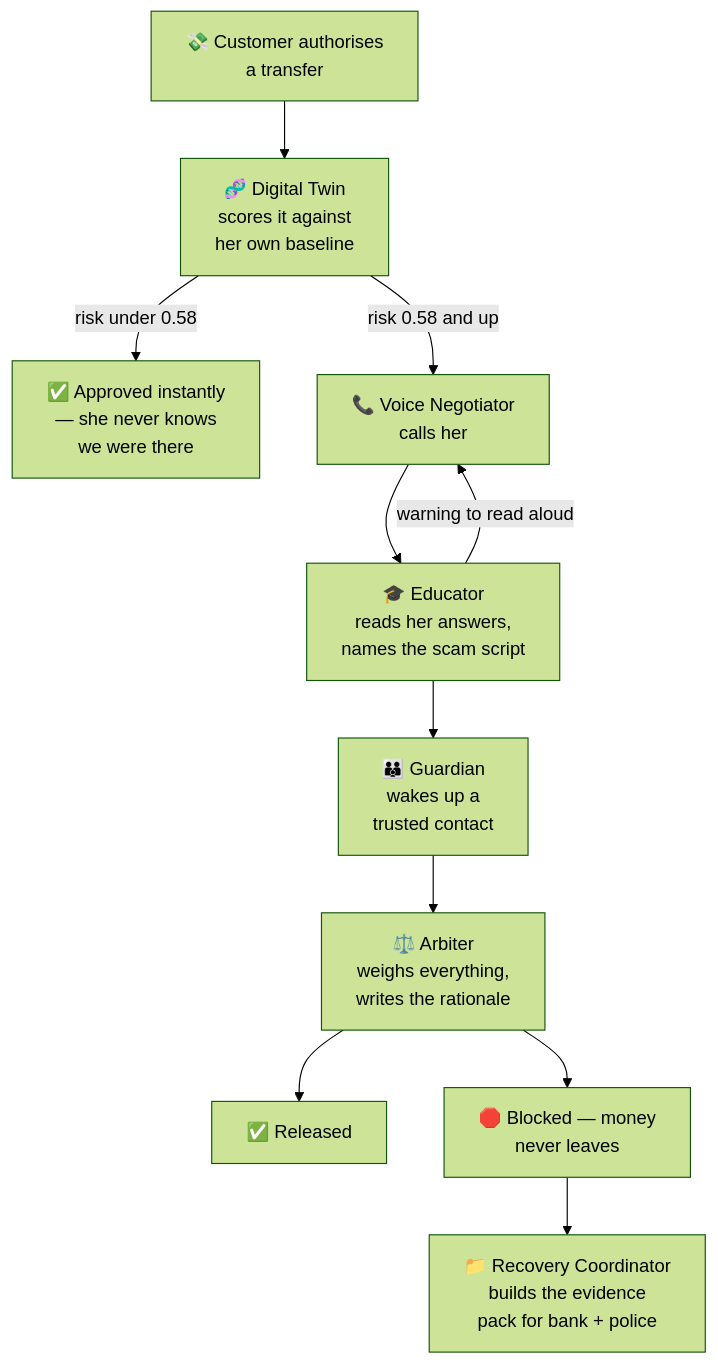
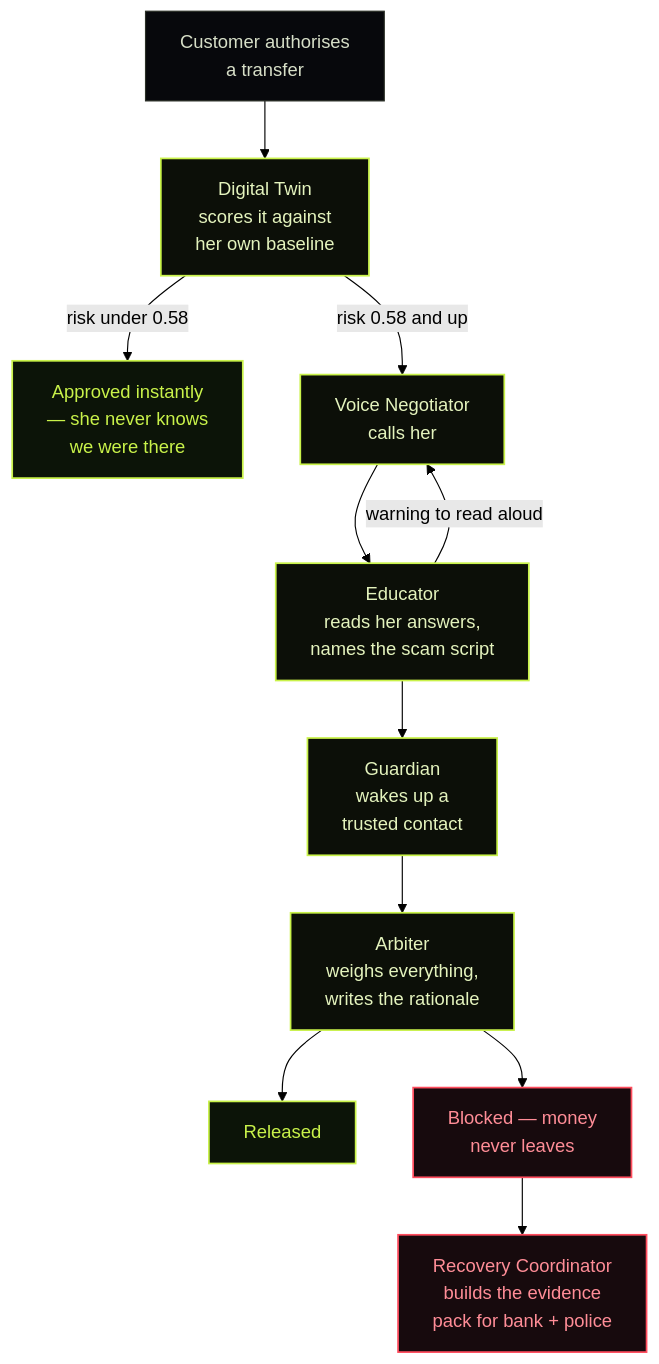
The diagram in README.md (basil-boh/HyperGuard-), drawn with Mermaid (forest theme) before and after one commit. The commit also changed other lines of this file and 9 other files, not shown here.

````diff
--- a/README.md
+++ b/README.md
@@ -92,13 +92,22 @@
 ```mermaid
 flowchart TD
-    A["💸 Customer authorises<br/>a transfer"] --> B["🧬 Digital Twin<br/>scores it against<br/>her own baseline"]
-    B -->|"risk under 0.58"| Z["✅ Approved instantly<br/>— she never knows<br/>we were there"]
-    B -->|"risk 0.58 and up"| C["📞 Voice Negotiator<br/>calls her"]
-    C --> D["🎓 Educator<br/>reads her answers,<br/>names the scam script"]
+    A["Customer authorises<br/>a transfer"] --> B["Digital Twin<br/>scores it against<br/>her own baseline"]
+    B -->|"risk under 0.58"| Z["Approved instantly<br/>— she never knows<br/>we were there"]
+    B -->|"risk 0.58 and up"| C["Voice Negotiator<br/>calls her"]
+    C --> D["Educator<br/>reads her answers,<br/>names the scam script"]
     D -->|"warning to read aloud"| C
-    D --> E["👪 Guardian<br/>wakes up a<br/>trusted contact"]
-    E --> F["⚖️ Arbiter<br/>weighs everything,<br/>writes the rationale"]
-    F --> G["✅ Released"]
-    F --> H["🛑 Blocked — money<br/>never leaves"]
-    H --> I["📁 Recovery Coordinator<br/>builds the evidence<br/>pack for bank + police"]
+    D --> E["Guardian<br/>wakes up a<br/>trusted contact"]
+    E --> F["Arbiter<br/>weighs everything,<br/>writes the rationale"]
+    F --> G["Released"]
+    F --> H["Blocked — money<br/>never leaves"]
+    H --> I["Recovery Coordinator<br/>builds the evidence<br/>pack for bank + police"]
+
+    classDef base fill:#07080c,stroke:#2a2f26,stroke-width:1px,color:#d7dfc8
+    classDef agent fill:#0c0f08,stroke:#c9f24a,stroke-width:1.5px,color:#e4f3bd
+    classDef pass fill:#0c1408,stroke:#c9f24a,stroke-width:1.5px,color:#c9f24a
+    classDef halt fill:#170a0d,stroke:#ff4d5e,stroke-width:1.5px,color:#ff8d97
+    class A base
+    class B,C,D,E,F agent
+    class Z,G pass
+    class H,I halt
 ```
````
